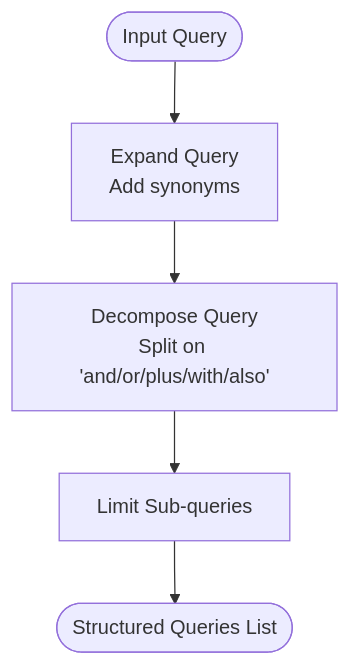
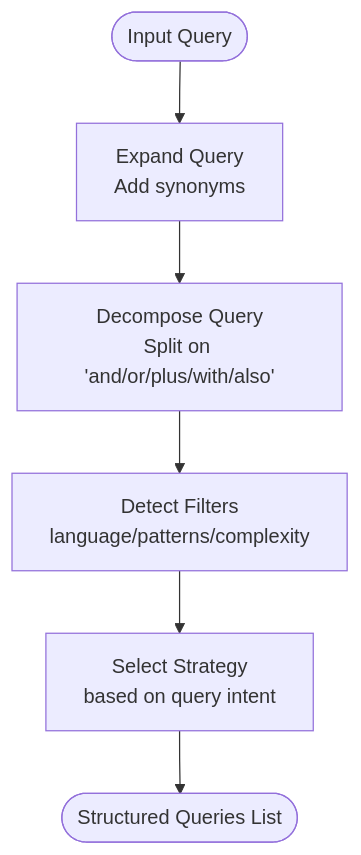
The fourth of 14 diagrams in docs/wiki/Core Concepts/RAG Fundamentals.md (NcitDev/ragsystem), drawn with Mermaid before and after one commit. The commit also changed other lines of this file and 27 other files, not shown here.

````diff
--- a/docs/wiki/Core Concepts/RAG Fundamentals.md
+++ b/docs/wiki/Core Concepts/RAG Fundamentals.md
@@ -131,7 +212,8 @@
 ```mermaid
 flowchart TD
 Start(["Input Query"]) --> Expand["Expand Query<br/>Add synonyms"]
 Expand --> Split["Decompose Query<br/>Split on 'and/or/plus/with/also'"]
-Split --> Limit["Limit Sub-queries"]
-Limit --> Output(["Structured Queries List"])
+Split --> FilterDetect["Detect Filters<br/>language/patterns/complexity"]
+FilterDetect --> Strategy["Select Strategy<br/>based on query intent"]
+Strategy --> Output(["Structured Queries List"])
 ```
````
